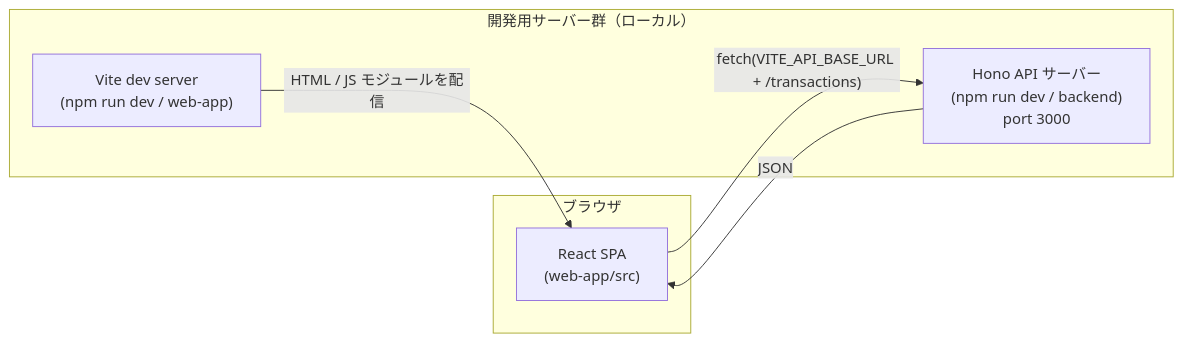
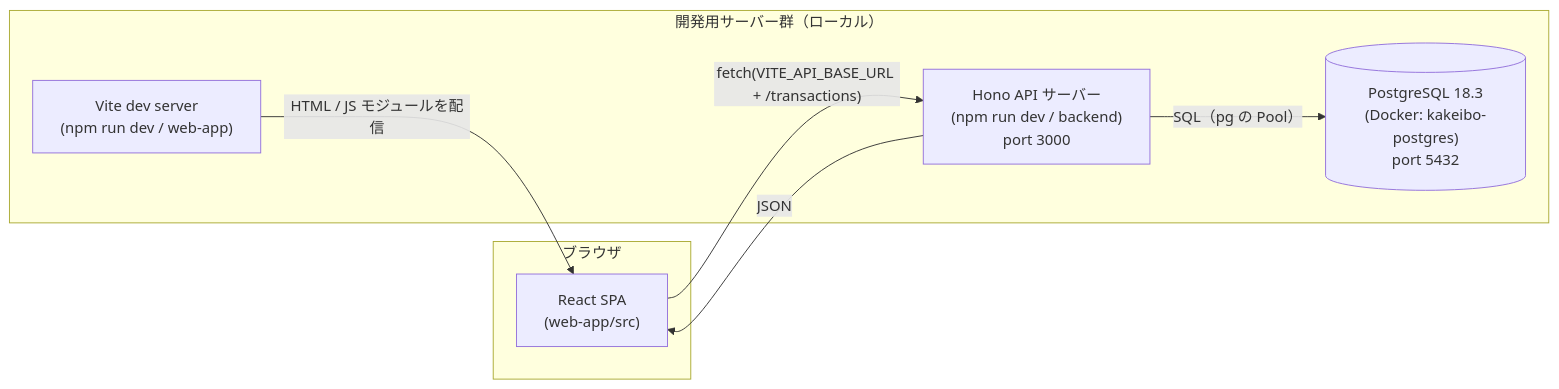
Before and after one commit to kota-shiratori/kakeibo-app: the diagram in study/Architecture/01-system-overview.md, drawn with Mermaid. The commit also changed other lines of this file and 123 other files, not shown here.

First line of the commit message:
study: Docker / SQL / PostgreSQL / Database のノートを追加し、既存ノートを現行コードに合わせて更新

````diff
--- a/study/Architecture/01-system-overview.md
+++ b/study/Architecture/01-system-overview.md
@@ -21,13 +21,15 @@
 ```mermaid
 flowchart LR
   subgraph Browser["ブラウザ"]
     SPA["React SPA<br/>(web-app/src)"]
   end
   subgraph Dev["開発用サーバー群（ローカル）"]
     Vite["Vite dev server<br/>(npm run dev / web-app)"]
     Hono["Hono API サーバー<br/>(npm run dev / backend)<br/>port 3000"]
+    DB[("PostgreSQL 18.3<br/>(Docker: kakeibo-postgres)<br/>port 5432")]
   end
   Vite -- "HTML / JS モジュールを配信" --> SPA
   SPA -- "fetch(VITE_API_BASE_URL + /transactions)" --> Hono
   Hono -- "JSON" --> SPA
+  Hono -- "SQL（pg の Pool）" --> DB
 ```
````
